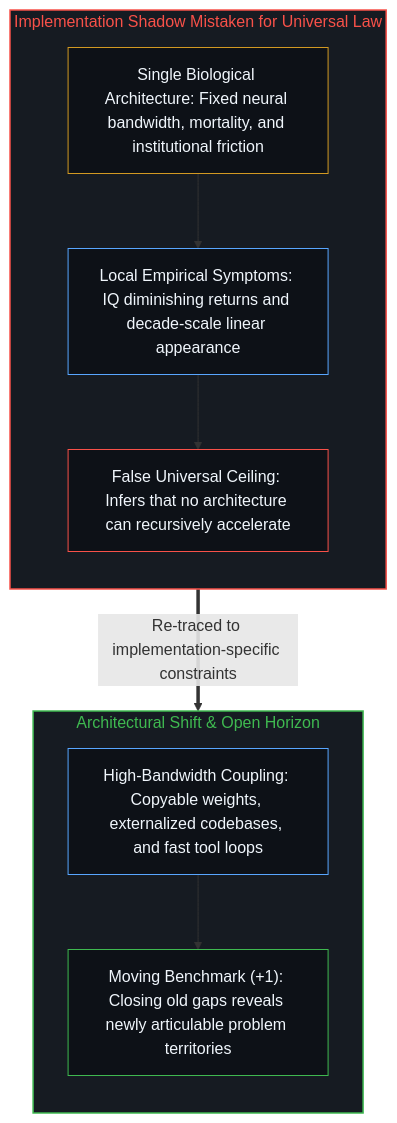
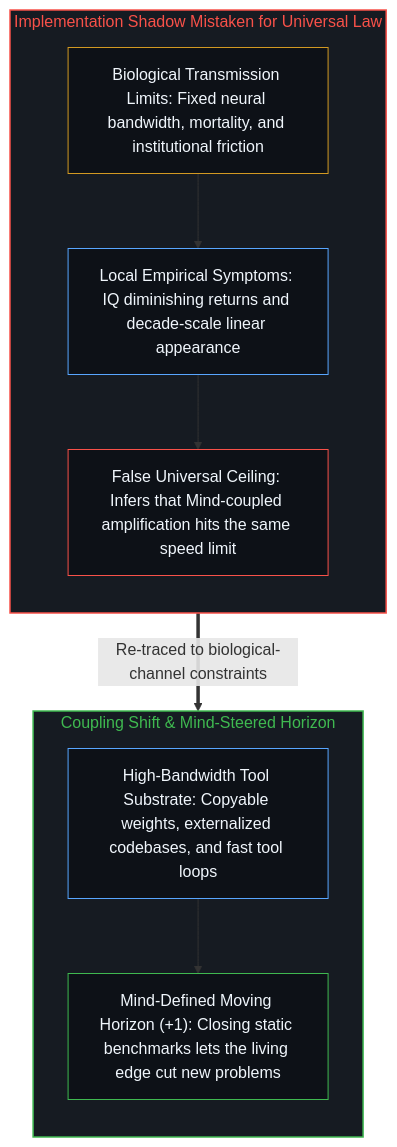
One commit to powerpig99/not-a-toe changed the second of 2 diagrams in content/posts/chollet-intelligence-explosion-analysis.md. Above: the diagram before and after it, drawn with Mermaid. The commit also changed other lines of this file and 5 other files, not shown here.

````diff
--- a/content/posts/chollet-intelligence-explosion-analysis.md
+++ b/content/posts/chollet-intelligence-explosion-analysis.md
@@ -44,24 +44,24 @@
 ```mermaid
 flowchart TD
     subgraph S_Shadow["Implementation Shadow Mistaken for Universal Law"]
         direction TB
-        Bio["Single Biological Architecture: Fixed neural bandwidth, mortality, and institutional friction"]
+        Bio["Biological Transmission Limits: Fixed neural bandwidth, mortality, and institutional friction"]
         Obs["Local Empirical Symptoms: IQ diminishing returns and decade-scale linear appearance"]
-        Ceiling["False Universal Ceiling: Infers that no architecture can recursively accelerate"]
+        Ceiling["False Universal Ceiling: Infers that Mind-coupled amplification hits the same speed limit"]
         Bio --> Obs --> Ceiling
     end
-    subgraph S_Object["Architectural Shift & Open Horizon"]
+    subgraph S_Object["Coupling Shift & Mind-Steered Horizon"]
         direction TB
-        Couple["High-Bandwidth Coupling: Copyable weights, externalized codebases, and fast tool loops"]
-        Shift["Moving Benchmark (+1): Closing old gaps reveals newly articulable problem territories"]
+        Couple["High-Bandwidth Tool Substrate: Copyable weights, externalized codebases, and fast tool loops"]
+        Shift["Mind-Defined Moving Horizon (+1): Closing static benchmarks lets the living edge cut new problems"]
         Couple --> Shift
     end
-    Obs ==>|"Re-traced to implementation-specific constraints"| Couple
+    Obs ==>|"Re-traced to biological-channel constraints"| Couple
     style S_Shadow fill:#161b22,stroke:#f85149,stroke-width:1.5px,color:#f85149
     style S_Object fill:#161b22,stroke:#3fb950,stroke-width:1.5px,color:#3fb950
     style Bio fill:#0d1117,stroke:#d29922,stroke-width:1px,color:#f0f6fc
     style Obs fill:#0d1117,stroke:#58a6ff,stroke-width:1px,color:#f0f6fc
     style Ceiling fill:#0d1117,stroke:#f85149,stroke-width:1px,color:#f0f6fc
     style Couple fill:#0d1117,stroke:#58a6ff,stroke-width:1px,color:#f0f6fc
     style Shift fill:#0d1117,stroke:#3fb950,stroke-width:1px,color:#f0f6fc
 ```
````
